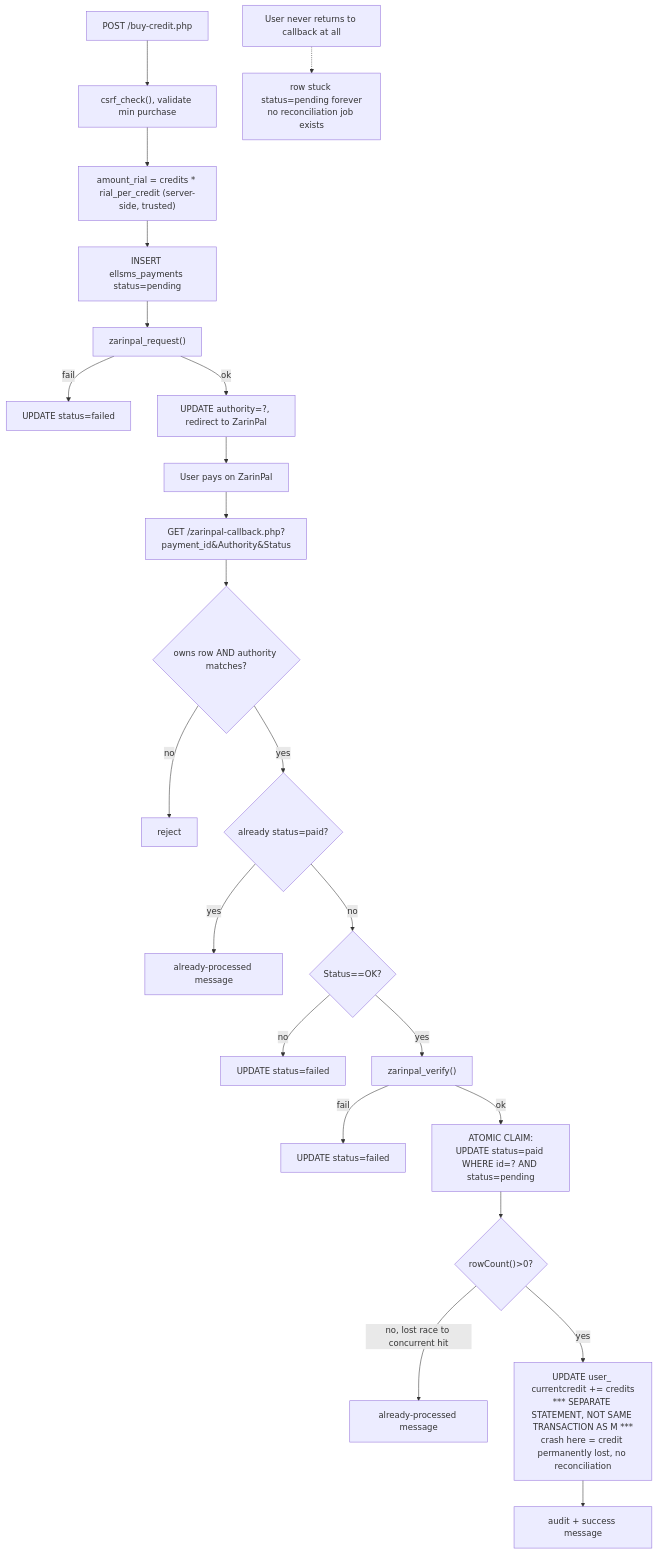
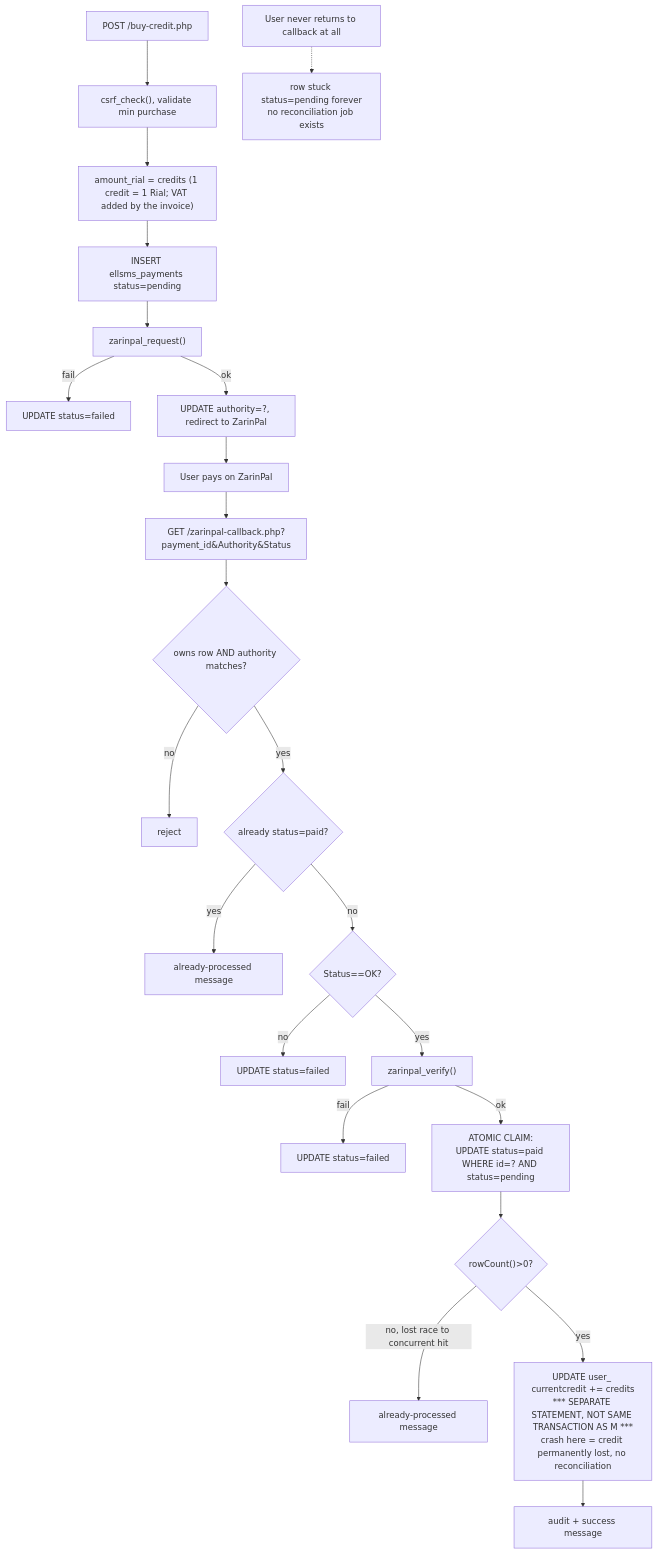
The diagram in docs/flows/payment.md (mehditaleblo1996-lang/ellsms), drawn with Mermaid before and after one commit. The commit also changed other lines of this file and 52 other files, not shown here.

````diff
--- a/docs/flows/payment.md
+++ b/docs/flows/payment.md
@@ -95,26 +95,26 @@
 ```mermaid
 flowchart TD
     A["POST /buy-credit.php"] --> B["csrf_check(), validate min purchase"]
-    B --> C["amount_rial = credits * rial_per_credit (server-side, trusted)"]
+    B --> C["amount_rial = credits (1 credit = 1 Rial; VAT added by the invoice)"]
     C --> D["INSERT ellsms_payments status=pending"]
     D --> E["zarinpal_request()"]
     E -->|fail| E1["UPDATE status=failed"]
     E -->|ok| F["UPDATE authority=?, redirect to ZarinPal"]
     F --> G["User pays on ZarinPal"]
     G --> H["GET /zarinpal-callback.php?payment_id&Authority&Status"]
     H --> I{"owns row AND authority matches?"}
     I -->|no| I1["reject"]
     I -->|yes| J{"already status=paid?"}
     J -->|yes| J1["already-processed message"]
     J -->|no| K{"Status==OK?"}
     K -->|no| K1["UPDATE status=failed"]
     K -->|yes| L["zarinpal_verify()"]
     L -->|fail| L1["UPDATE status=failed"]
     L -->|ok| M["ATOMIC CLAIM:<br/>UPDATE status=paid WHERE id=? AND status=pending"]
     M --> N{"rowCount()>0?"}
     N -->|no, lost race to concurrent hit| N1["already-processed message"]
     N -->|yes| O["UPDATE user_ currentcredit += credits<br/>*** SEPARATE STATEMENT, NOT SAME TRANSACTION AS M ***<br/>crash here = credit permanently lost, no reconciliation"]
     O --> P["audit + success message"]
 
     Q["User never returns to callback at all"] -.-> R["row stuck status=pending forever<br/>no reconciliation job exists"]
 ```
````
